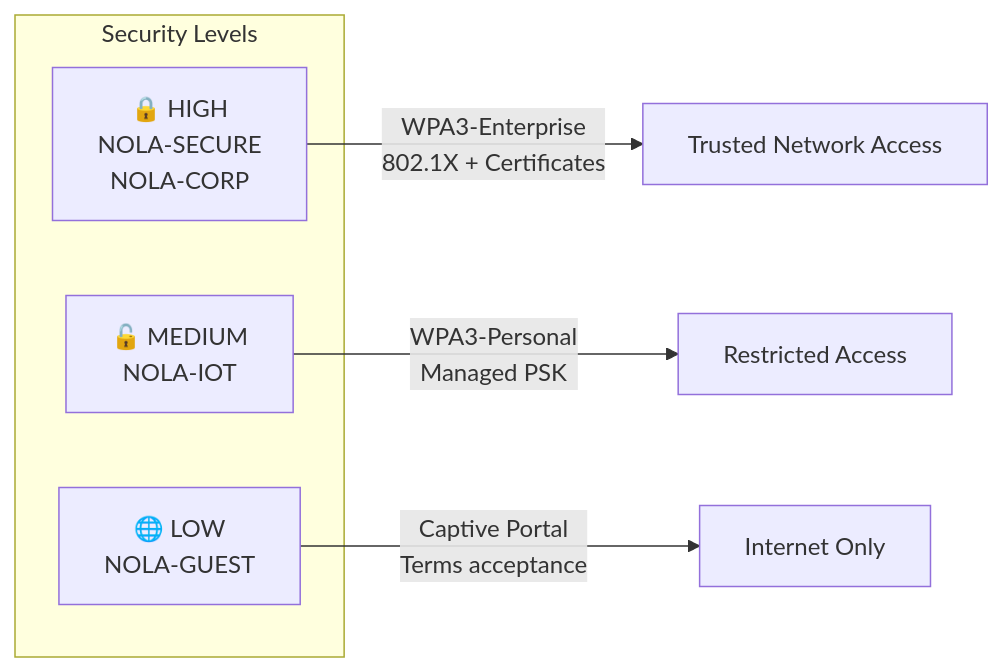
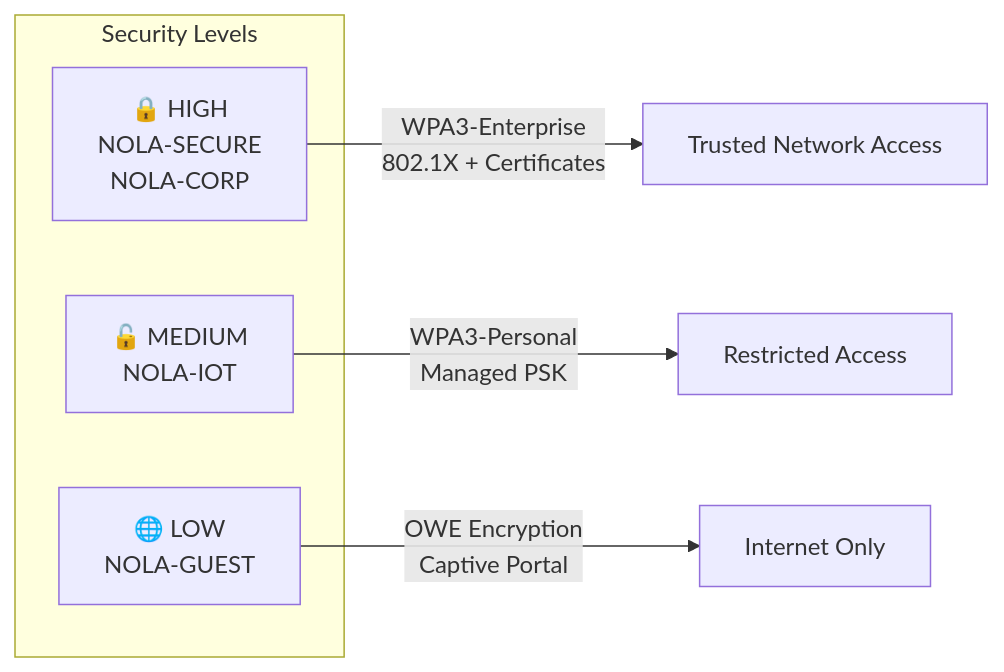
One commit to NewOrleansITI/networkstandards changed the second of 7 diagrams in docs/wifi/ssid-standards.md. Above: the diagram before and after it, drawn with Mermaid. The commit also changed other lines of this file and 6 other files, not shown here.

````diff
--- a/docs/wifi/ssid-standards.md
+++ b/docs/wifi/ssid-standards.md
@@ -69,12 +69,12 @@
 ```mermaid
 graph LR
     subgraph SECURITY_LEVELS["Security Levels"]
         HIGH["🔒 HIGH<br/>NOLA-SECURE<br/>NOLA-CORP"]
         MEDIUM["🔓 MEDIUM<br/>NOLA-IOT"]
         LOW["🌐 LOW<br/>NOLA-GUEST"]
     end
 
     HIGH -->|"WPA3-Enterprise<br/>802.1X + Certificates"| TRUSTED[Trusted Network Access]
     MEDIUM -->|"WPA3-Personal<br/>Managed PSK"| RESTRICTED[Restricted Access]
-    LOW -->|"Captive Portal<br/>Terms acceptance"| INTERNET[Internet Only]
+    LOW -->|"OWE Encryption<br/>Captive Portal"| INTERNET[Internet Only]
 ```
````
